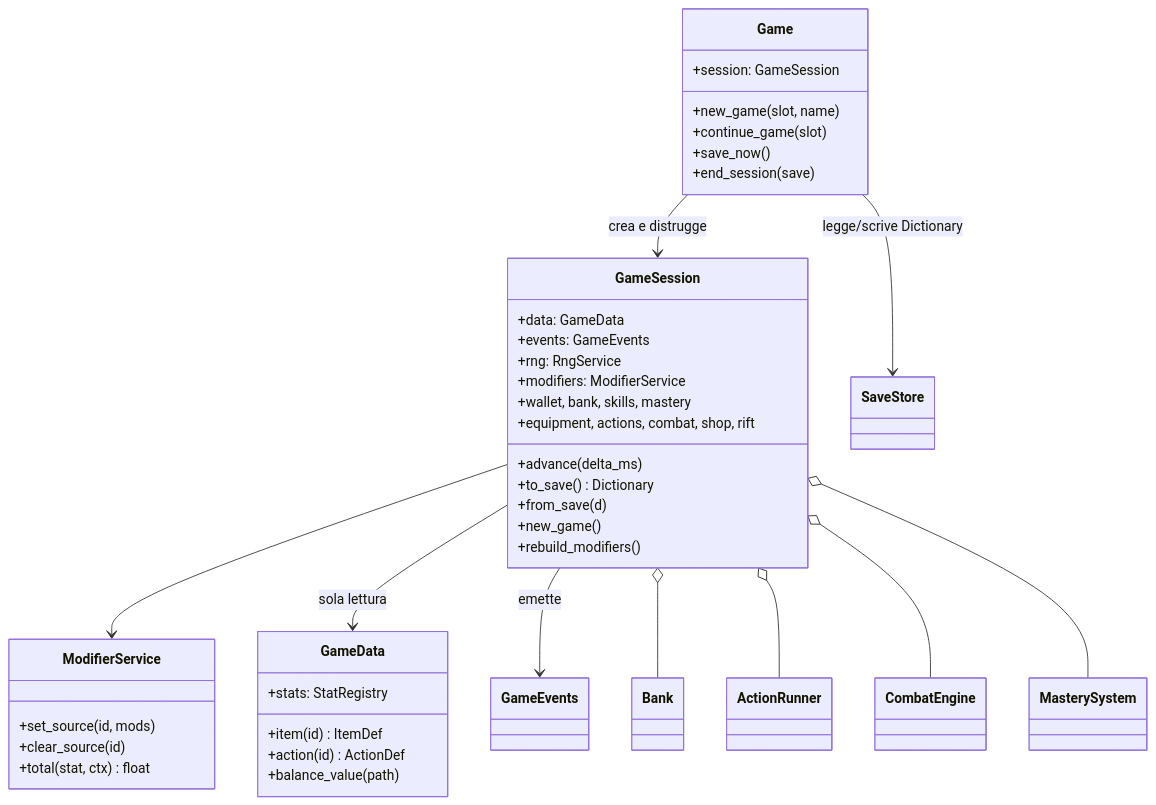
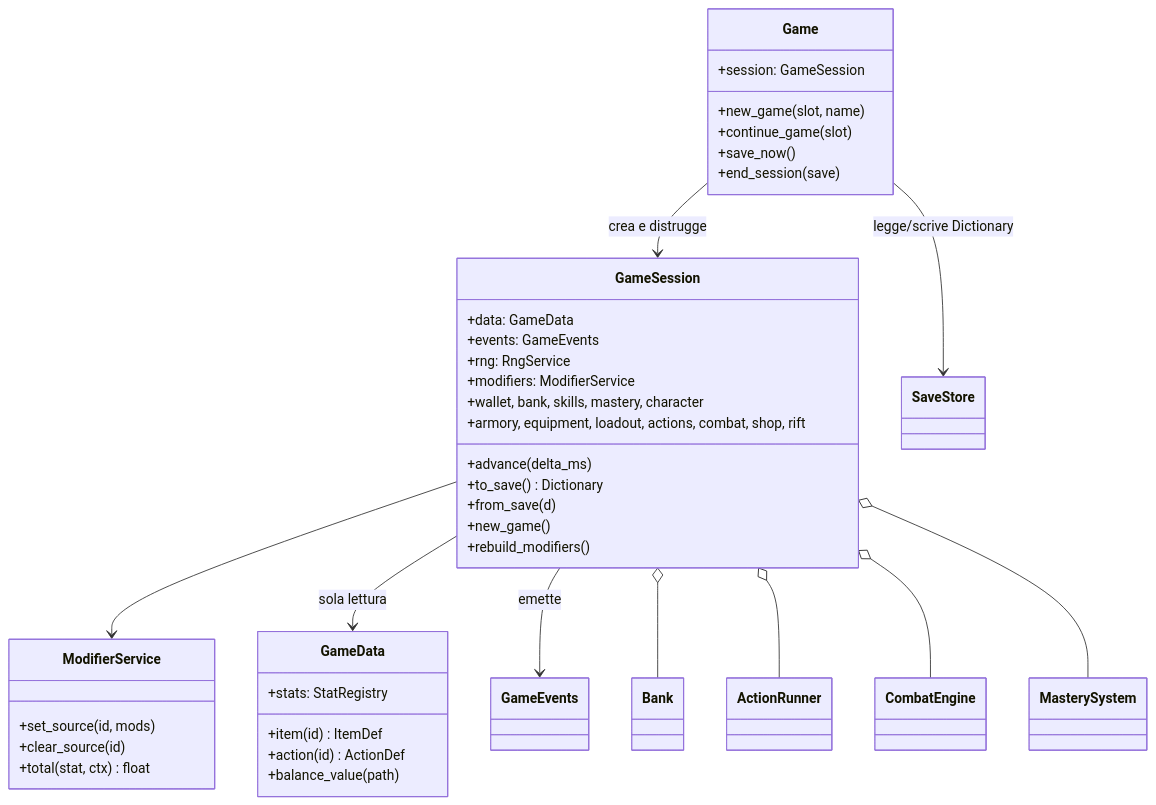
One commit to BriLaLaLa/Rifstone-Saga---Melvor changed the first of 6 diagrams in docs/03_ARCHITECTURE.md. Above: the diagram before and after it, drawn with Mermaid. The commit also changed other lines of this file and 11 other files, not shown here.

````diff
--- a/docs/03_ARCHITECTURE.md
+++ b/docs/03_ARCHITECTURE.md
@@ -110,43 +118,43 @@
 ```mermaid
 classDiagram
     class Game {
       +session: GameSession
       +new_game(slot, name)
       +continue_game(slot)
       +save_now()
       +end_session(save)
     }
     class GameSession {
       +data: GameData
       +events: GameEvents
       +rng: RngService
       +modifiers: ModifierService
-      +wallet, bank, skills, mastery
-      +equipment, actions, combat, shop, rift
+      +wallet, bank, skills, mastery, character
+      +armory, equipment, loadout, actions, combat, shop, rift
       +advance(delta_ms)
       +to_save() Dictionary
       +from_save(d)
       +new_game()
       +rebuild_modifiers()
     }
     class ModifierService {
       +set_source(id, mods)
       +clear_source(id)
       +total(stat, ctx) float
     }
     class GameData {
       +item(id) ItemDef
       +action(id) ActionDef
       +balance_value(path)
       +stats: StatRegistry
     }
     Game --> GameSession : crea e distrugge
     Game --> SaveStore : legge/scrive Dictionary
     GameSession --> ModifierService
     GameSession --> GameData : sola lettura
     GameSession --> GameEvents : emette
     GameSession o-- Bank
     GameSession o-- ActionRunner
     GameSession o-- CombatEngine
     GameSession o-- MasterySystem
 ```
````
